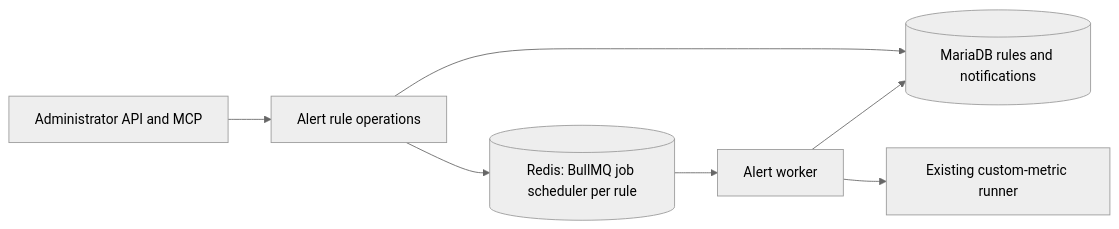
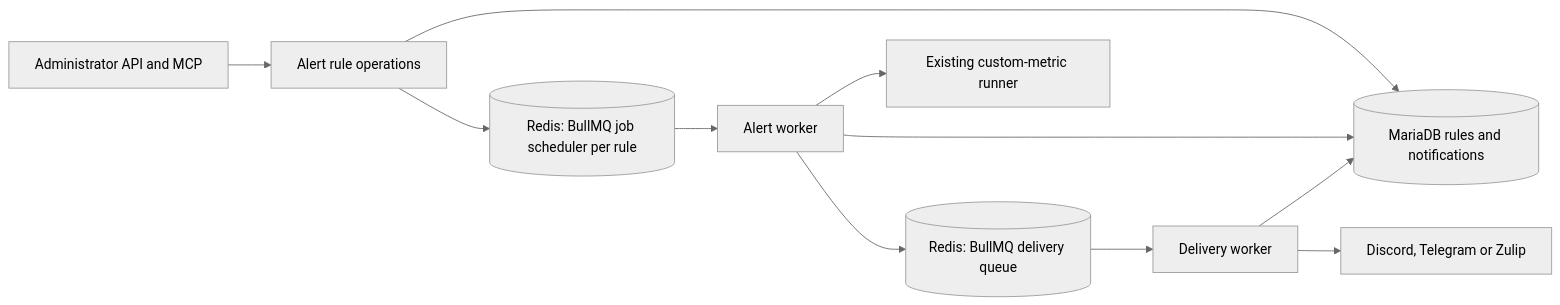
One commit to constructorfabric/insight changed the first of 2 diagrams in docs/domain/insight-v3/specs/alerts/DESIGN.md. Above: the diagram before and after it, drawn with Mermaid (neutral theme). The commit also changed other lines of this file and 26 other files, not shown here.

Commit message:
feat(insight-v3-core): deliver owed alert notifications to Discord, Telegram and Zulip

````diff
--- a/docs/domain/insight-v3/specs/alerts/DESIGN.md
+++ b/docs/domain/insight-v3/specs/alerts/DESIGN.md
@@ -84,9 +84,13 @@
 ```mermaid
 flowchart LR
     API[Administrator API and MCP] --> Rules[Alert rule operations]
     Rules --> Store[(MariaDB rules and notifications)]
     Rules --> Schedule[(Redis: BullMQ job scheduler per rule)]
     Schedule --> Worker[Alert worker]
     Worker --> Metric[Existing custom-metric runner]
     Worker --> Store
+    Worker --> Deliveries[(Redis: BullMQ delivery queue)]
+    Deliveries --> Sender[Delivery worker]
+    Sender --> Store
+    Sender --> Provider[Discord, Telegram or Zulip]
 ```
````
